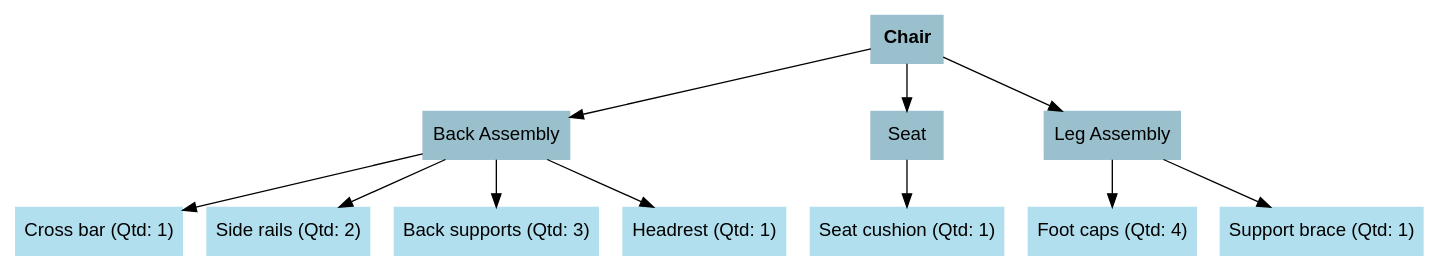
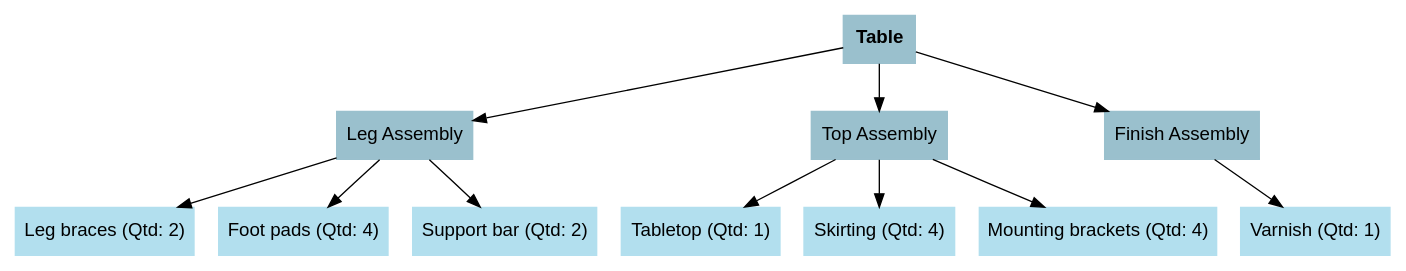
The diagram in outFiles/Graph.dot (ricardomm7/buildflow), drawn with Graphviz before and after one commit. The commit also changed 7 other files, not shown here.

```diff
--- a/outFiles/Graph.dot
+++ b/outFiles/Graph.dot
@@ -1,34 +1,33 @@
 digraph G {
     fontname="Helvetica,Arial,sans-serif";
     node [fontname="Helvetica,Arial,sans-serif"];
     edge [fontname="Helvetica,Arial,sans-serif"];
     node [color=lightblue2, style=filled];
-    "Cross bar" [label="Cross bar (Qtd: 1)", shape=box];
-    "Side rails" [label="Side rails (Qtd: 2)", shape=box];
-    "Cross bar" [label="Cross bar (Qtd: 1)", shape=box];
-    "Back supports" [label="Back supports (Qtd: 3)", shape=box];
-    "Foot caps" [label="Foot caps (Qtd: 4)", shape=box];
-    "Headrest" [label="Headrest (Qtd: 1)", shape=box];
-    "Seat cushion" [label="Seat cushion (Qtd: 1)", shape=box];
-    "Support brace" [label="Support brace (Qtd: 1)", shape=box];
-    "Back Assembly" [label="Back Assembly", shape=box, color=lightblue3, style=filled];
-    "Seat" [label="Seat", shape=box, color=lightblue3, style=filled];
-    "Back Assembly" [label="Back Assembly", shape=box, color=lightblue3, style=filled];
+    "Leg braces" [label="Leg braces (Qtd: 2)", shape=box];
+    "Tabletop" [label="Tabletop (Qtd: 1)", shape=box];
+    "Skirting" [label="Skirting (Qtd: 4)", shape=box];
+    "Foot pads" [label="Foot pads (Qtd: 4)", shape=box];
+    "Mounting brackets" [label="Mounting brackets (Qtd: 4)", shape=box];
+    "Support bar" [label="Support bar (Qtd: 2)", shape=box];
+    "Varnish" [label="Varnish (Qtd: 1)", shape=box];
     "Leg Assembly" [label="Leg Assembly", shape=box, color=lightblue3, style=filled];
-    "Back Assembly" [label="Back Assembly", shape=box, color=lightblue3, style=filled];
+    "Top Assembly" [label="Top Assembly", shape=box, color=lightblue3, style=filled];
+    "Top Assembly" [label="Top Assembly", shape=box, color=lightblue3, style=filled];
     "Leg Assembly" [label="Leg Assembly", shape=box, color=lightblue3, style=filled];
-    "Back Assembly" [label="Back Assembly", shape=box, color=lightblue3, style=filled];
-    "Chair" [label=<<b>Chair</b>>, shape=box, style=filled, color=lightblue3];
-    "Chair" [label=<<b>Chair</b>>, shape=box, style=filled, color=lightblue3];
-    "Chair" [label=<<b>Chair</b>>, shape=box, style=filled, color=lightblue3];
-    "Seat" -> "Seat cushion";
-    "Leg Assembly" -> "Support brace";
-    "Back Assembly" -> "Side rails";
-    "Leg Assembly" -> "Foot caps";
-    "Back Assembly" -> "Headrest";
-    "Back Assembly" -> "Cross bar";
-    "Chair" -> "Back Assembly";
-    "Chair" -> "Seat";
-    "Back Assembly" -> "Back supports";
-    "Chair" -> "Leg Assembly";
+    "Top Assembly" [label="Top Assembly", shape=box, color=lightblue3, style=filled];
+    "Leg Assembly" [label="Leg Assembly", shape=box, color=lightblue3, style=filled];
+    "Finish Assembly" [label="Finish Assembly", shape=box, color=lightblue3, style=filled];
+    "Table" [label=<<b>Table</b>>, shape=box, style=filled, color=lightblue3];
+    "Table" [label=<<b>Table</b>>, shape=box, style=filled, color=lightblue3];
+    "Table" [label=<<b>Table</b>>, shape=box, style=filled, color=lightblue3];
+    "Table" -> "Top Assembly";
+    "Top Assembly" -> "Skirting";
+    "Top Assembly" -> "Mounting brackets";
+    "Table" -> "Finish Assembly";
+    "Leg Assembly" -> "Support bar";
+    "Finish Assembly" -> "Varnish";
+    "Leg Assembly" -> "Foot pads";
+    "Leg Assembly" -> "Leg braces";
+    "Table" -> "Leg Assembly";
+    "Top Assembly" -> "Tabletop";
 }
```
